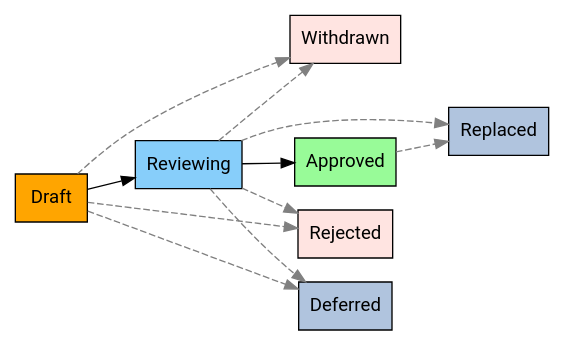
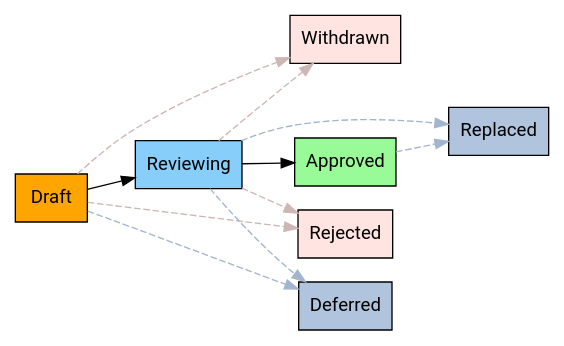
The second of 2 diagrams in aip/0001.md (aip-dev/google.aip.dev), drawn with Graphviz before and after one commit. The commit also changed other lines of this file, not shown here.

````diff
--- a/aip/0001.md
+++ b/aip/0001.md
@@ -181,24 +181,24 @@
 ```graphviz
 digraph d_front_back {
   rankdir=LR;
   node [ style="filled,solid" shape=box fontname="Roboto" ];
   draft [ label="Draft" fillcolor="orange" ];
   reviewing [ label="Reviewing" fillcolor="lightskyblue" ];
   approved [ label="Approved" fillcolor="palegreen" ];
   withdrawn [ label="Withdrawn" fillcolor="mistyrose" ];
   rejected [ label="Rejected" fillcolor="mistyrose" ];
   deferred [ label="Deferred" fillcolor="lightsteelblue" ];
   replaced [ label="Replaced" fillcolor="lightsteelblue" ];
 
   draft -> reviewing;
-  draft -> withdrawn [style=dashed, color=grey];
-  draft -> rejected [style=dashed, color=grey];
+  draft -> withdrawn [ style=dashed, color=mistyrose3 ];
+  draft -> rejected [ style=dashed, color=mistyrose3 ];
   reviewing -> approved;
-  reviewing -> withdrawn [style=dashed, color=grey];
-  reviewing -> rejected [style=dashed, color=grey];
-  draft -> deferred [style=dashed, color=grey];
-  reviewing -> deferred [style=dashed, color=grey];
-  approved -> replaced [style=dashed, color=grey];
-  reviewing -> replaced [style=dashed, color=grey];
+  reviewing -> withdrawn [ style=dashed, color=mistyrose3 ];
+  reviewing -> rejected [ style=dashed, color=mistyrose3 ];
+  draft -> deferred [ style=dashed, color=lightsteelblue3 ];
+  reviewing -> deferred [ style=dashed, color=lightsteelblue3 ];
+  approved -> replaced [ style=dashed, color=lightsteelblue3 ];
+  reviewing -> replaced [ style=dashed, color=lightsteelblue3 ];
 }
 ```
````
